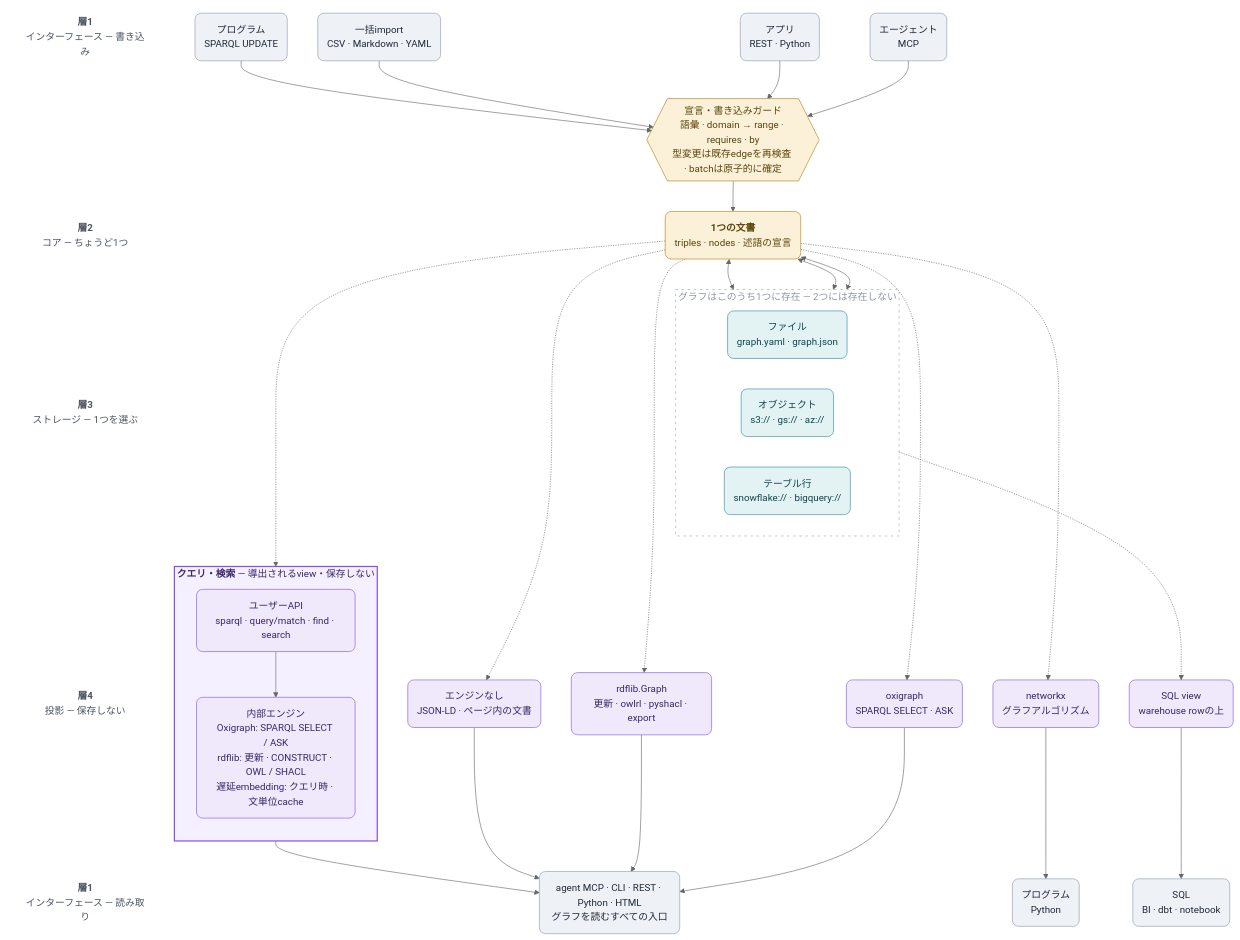
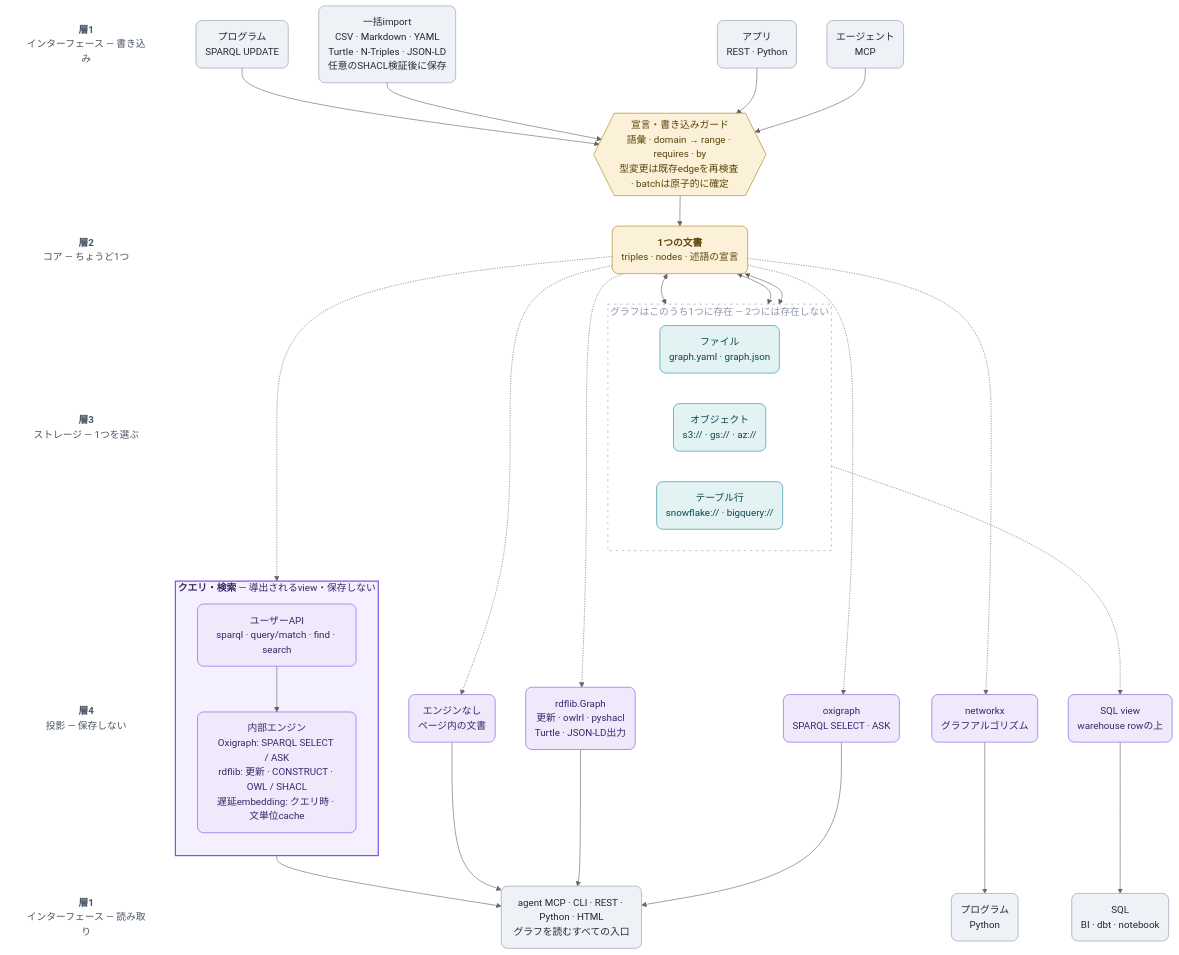
Before and after one commit to RyutoYoda/trikedb: the diagram in docs/ARCHITECTURE_jp.md, drawn with Mermaid (neutral theme). The commit also changed other lines of this file and 2 other files, not shown here.

Commit message:
Clarify RDF interchange in architecture diagrams (#32)

````diff
--- a/docs/ARCHITECTURE_jp.md
+++ b/docs/ARCHITECTURE_jp.md
@@ -7,75 +7,75 @@
 ```mermaid
 flowchart TB
     LA["<b>層1</b><br/>インターフェース — 書き込み"]
     LG[" "]
     LB["<b>層2</b><br/>コア — ちょうど1つ"]
     LC["<b>層3</b><br/>ストレージ — 1つを選ぶ"]
     LD["<b>層4</b><br/>投影 — 保存しない"]
     LE["<b>層1</b><br/>インターフェース — 読み取り"]
     LA ~~~ LG ~~~ LB ~~~ LC ~~~ LD ~~~ LE
 
     WA("エージェント<br/>MCP")
     WC("アプリ<br/>REST · Python")
-    WI("一括import<br/>CSV · Markdown · YAML")
+    WI("一括import<br/>CSV · Markdown · YAML<br/>Turtle · N-Triples · JSON-LD<br/>任意のSHACL検証後に保存")
     WP("プログラム<br/>SPARQL UPDATE")
     G{{"宣言・書き込みガード<br/>語彙 · domain → range · requires · by<br/>型変更は既存edgeを再検査 · batchは原子的に確定"}}
     C("<b>1つの文書</b><br/>triples · nodes · 述語の宣言")
     subgraph pick["グラフはこのうち1つに存在 — 2つには存在しない"]
         direction LR
         SF("ファイル<br/>graph.yaml · graph.json")
         SO("オブジェクト<br/>s3:// · gs:// · az://")
         SW("テーブル行<br/>snowflake:// · bigquery://")
     end
     PO("oxigraph<br/>SPARQL SELECT · ASK")
-    PR("rdflib.Graph<br/>更新 · owlrl · pyshacl · export")
+    PR("rdflib.Graph<br/>更新 · owlrl · pyshacl<br/>Turtle · JSON-LD出力")
     PN("networkx<br/>グラフアルゴリズム")
     PV("SQL view<br/>warehouse rowの上")
-    PD("エンジンなし<br/>JSON-LD · ページ内の文書")
+    PD("エンジンなし<br/>ページ内の文書")
     subgraph query["<b>クエリ・検索</b> — 導出されるview・保存しない"]
         direction TB
         QAPI["ユーザーAPI<br/>sparql · query/match · find · search"]
         QENG["内部エンジン<br/>Oxigraph: SPARQL SELECT / ASK<br/>rdflib: 更新 · CONSTRUCT · OWL / SHACL<br/>遅延embedding: クエリ時 · 文単位cache"]
         QAPI --> QENG
     end
     RQ("agent MCP · CLI · REST · Python · HTML<br/>グラフを読むすべての入口")
     RG("プログラム<br/>Python")
     RS("SQL<br/>BI · dbt · notebook")
 
     WA --> G
     WC --> G
     WI --> G
     WP --> G
     G --> C
     C <--> SF
     C <--> SO
     C <--> SW
     SF ~~~ PO
     SF ~~~ PR
     SO ~~~ PN
     SW -.-> PV
     SW ~~~ PD
     C -.-> PO
     C -.-> PR
     C -.-> PN
     C -.-> PD
     C -.-> QAPI
     QENG --> RQ
     PO --> RQ
     PR --> RQ
     PN --> RG
     PV --> RS
     PD --> RQ
 
     style pick fill:none,stroke:#9aa4b3,stroke-width:1px,stroke-dasharray:4 6,color:#8d97a6
     style query fill:#f5f0ff,stroke:#8055e6,stroke-width:2px,color:#3a2568
     classDef lbl fill:none,stroke:none,color:#4b5563
     classDef iface fill:#eef1f6,stroke:#8d9aad,color:#1f2937,rx:10,ry:10
     classDef core fill:#fbf1d8,stroke:#b07d17,color:#5a4409,rx:10,ry:10
     classDef store fill:#e3f3f4,stroke:#2b8a9c,color:#0c454f,rx:10,ry:10
     classDef proj fill:#efe9fb,stroke:#8055e6,color:#3a2568,rx:10,ry:10
     class LA,LG,LB,LC,LD,LE lbl
     class WA,WC,WI,WP,RQ,RG,RS iface
     class C,G core
     class SF,SO,SW store
     class PO,PR,PN,PV,PD,QAPI,QENG proj
 ```
````
